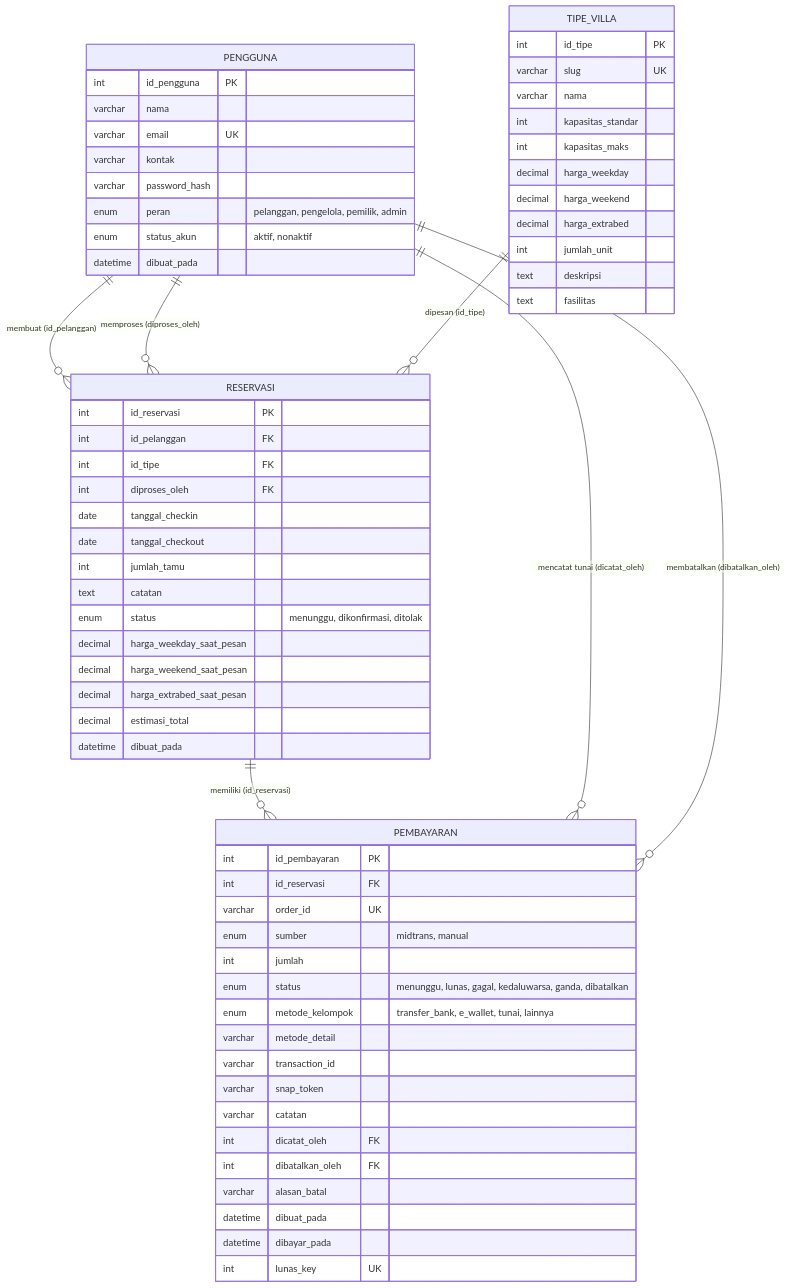
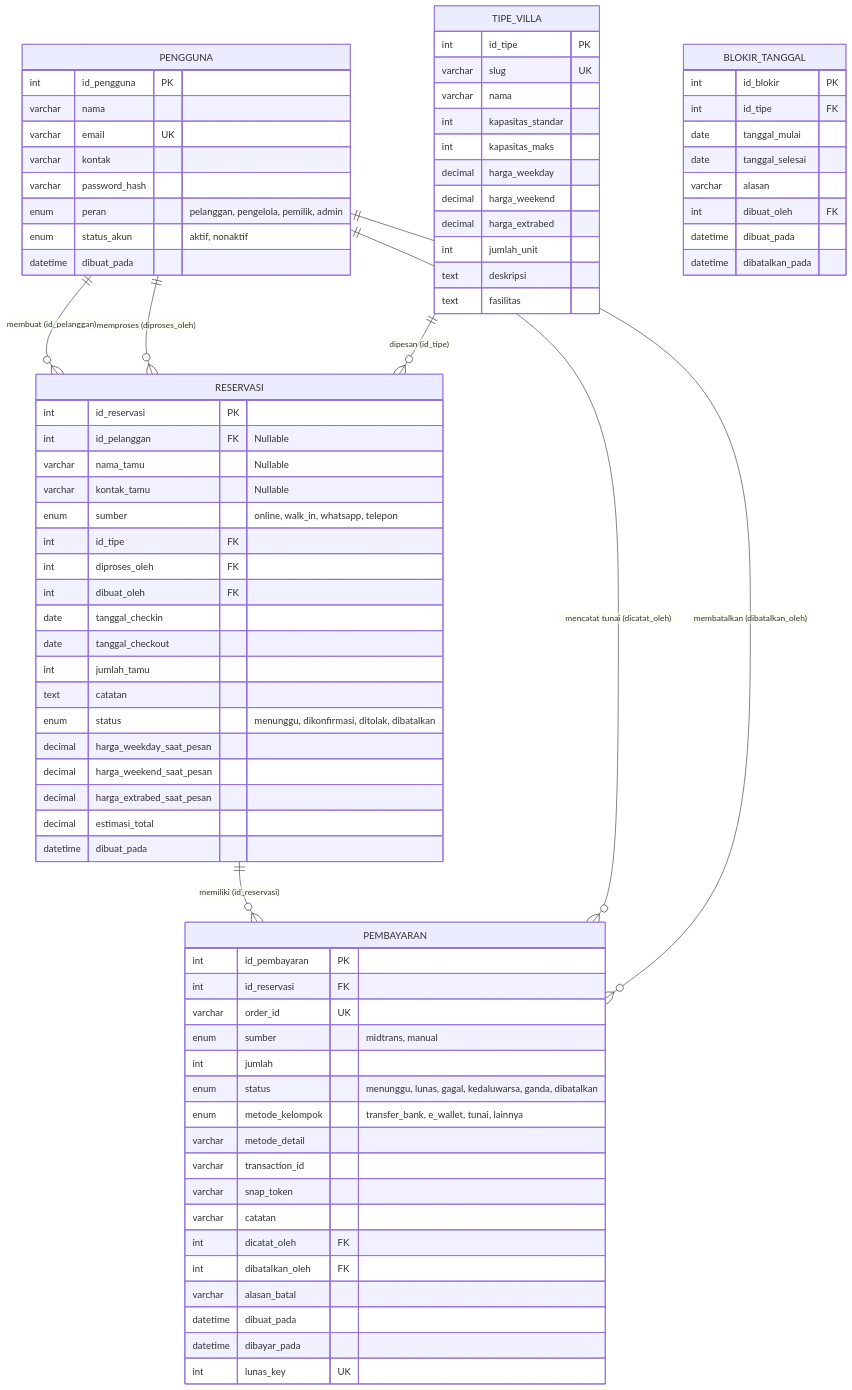
The diagram in docs/STRUKTUR_DATABASE.md (farhan123853/Proyek3), drawn with Mermaid before and after one commit. The commit also changed other lines of this file and 24 other files, not shown here.

Commit message:
feat(tahap-11): kalender ketersediaan, reservasi offline, blokir tanggal, dan kalender hunian

```diff
--- a/docs/STRUKTUR_DATABASE.md
+++ b/docs/STRUKTUR_DATABASE.md
@@ -42,19 +42,34 @@
 
     RESERVASI {
         int id_reservasi PK
-        int id_pelanggan FK
+        int id_pelanggan FK "Nullable"
+        varchar nama_tamu "Nullable"
+        varchar kontak_tamu "Nullable"
+        enum sumber "online, walk_in, whatsapp, telepon"
         int id_tipe FK
         int diproses_oleh FK
+        int dibuat_oleh FK
         date tanggal_checkin
         date tanggal_checkout
         int jumlah_tamu
         text catatan
-        enum status "menunggu, dikonfirmasi, ditolak"
+        enum status "menunggu, dikonfirmasi, ditolak, dibatalkan"
         decimal harga_weekday_saat_pesan
         decimal harga_weekend_saat_pesan
         decimal harga_extrabed_saat_pesan
         decimal estimasi_total
         datetime dibuat_pada
+    }
+
+    BLOKIR_TANGGAL {
+        int id_blokir PK
+        int id_tipe FK
+        date tanggal_mulai
+        date tanggal_selesai
+        varchar alasan
+        int dibuat_oleh FK
+        datetime dibuat_pada
+        datetime dibatalkan_pada
     }
 
     PEMBAYARAN {
```
